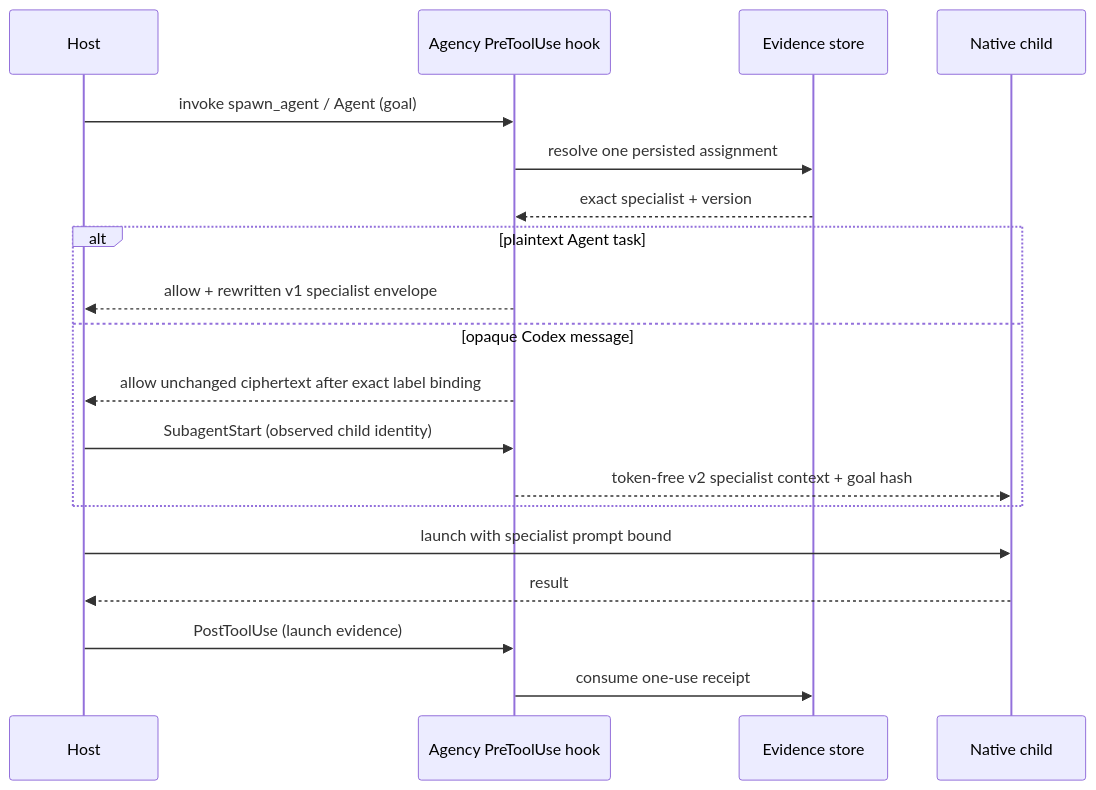
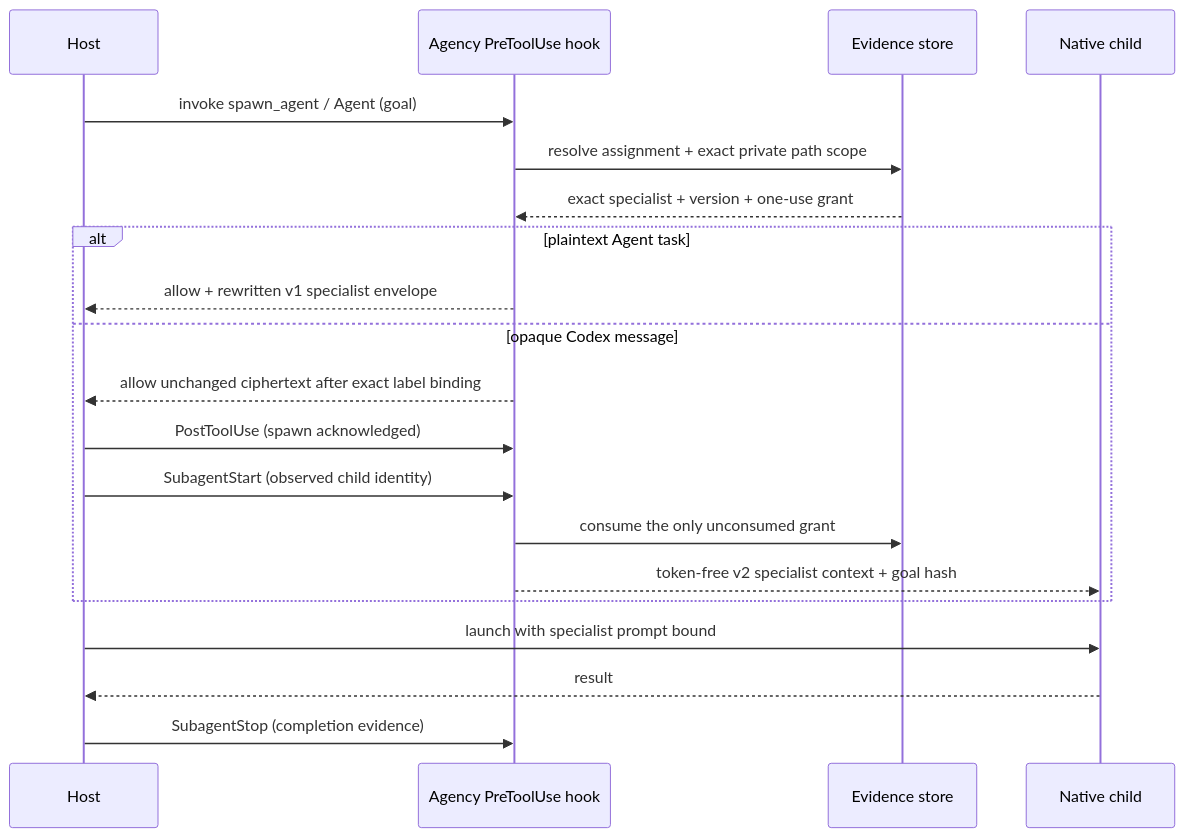
One commit to Holeshot-Software-LLC/agency-runtime changed the second of 2 diagrams in README.md. Above: the diagram before and after it, drawn with Mermaid. The commit also changed other lines of this file and 26 other files, not shown here.

````diff
--- a/README.md
+++ b/README.md
@@ -190,21 +193,22 @@
 ```mermaid
 sequenceDiagram
     participant Host
     participant Hook as Agency PreToolUse hook
     participant Store as Evidence store
     participant Child as Native child
     Host->>Hook: invoke spawn_agent / Agent (goal)
-    Hook->>Store: resolve one persisted assignment
-    Store-->>Hook: exact specialist + version
+    Hook->>Store: resolve assignment + exact private path scope
+    Store-->>Hook: exact specialist + version + one-use grant
     alt plaintext Agent task
         Hook-->>Host: allow + rewritten v1 specialist envelope
     else opaque Codex message
         Hook-->>Host: allow unchanged ciphertext after exact label binding
+        Host->>Hook: PostToolUse (spawn acknowledged)
         Host->>Hook: SubagentStart (observed child identity)
+        Hook->>Store: consume the only unconsumed grant
         Hook-->>Child: token-free v2 specialist context + goal hash
     end
     Host->>Child: launch with specialist prompt bound
     Child-->>Host: result
-    Host->>Hook: PostToolUse (launch evidence)
-    Hook->>Store: consume one-use receipt
+    Host->>Hook: SubagentStop (completion evidence)
 ```
````
